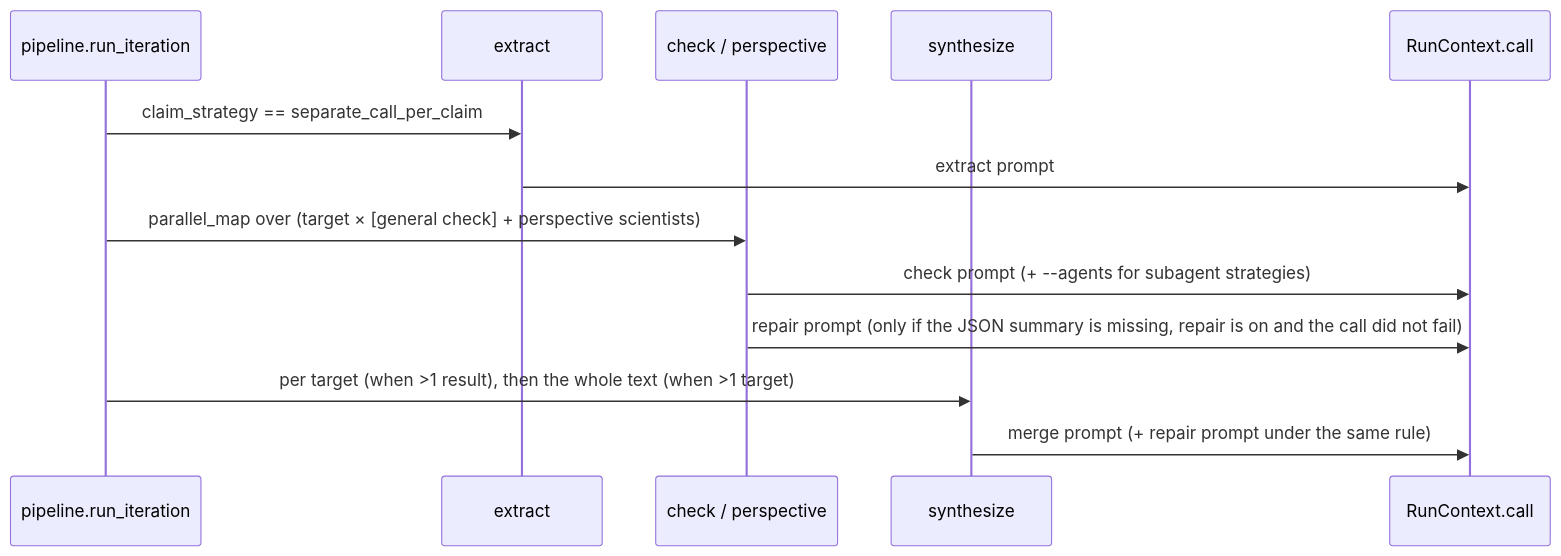
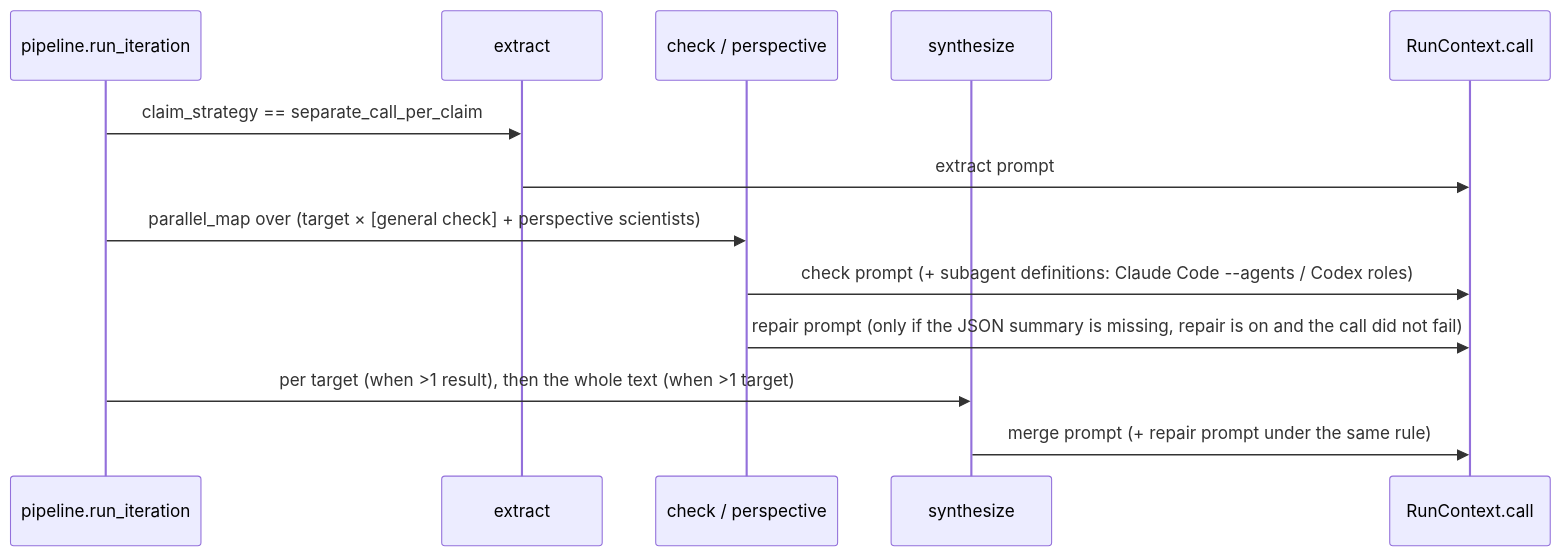
One commit to BurnyCoder/auto-but-actually-fact-checker-evaluator changed the diagram in docs/architecture.md. Above: the diagram before and after it, drawn with Mermaid. The commit also changed other lines of this file and 7 other files, not shown here.

````diff
--- a/docs/architecture.md
+++ b/docs/architecture.md
@@ -26,15 +26,15 @@
 ```mermaid
 sequenceDiagram
   participant P as pipeline.run_iteration
   participant E as extract
   participant C as check / perspective
   participant S as synthesize
   participant X as RunContext.call
   P->>E: claim_strategy == separate_call_per_claim
   E->>X: extract prompt
   P->>C: parallel_map over (target × [general check] + perspective scientists)
-  C->>X: check prompt (+ --agents for subagent strategies)
+  C->>X: check prompt (+ subagent definitions: Claude Code --agents / Codex roles)
   C->>X: repair prompt (only if the JSON summary is missing, repair is on and the call did not fail)
   P->>S: per target (when >1 result), then the whole text (when >1 target)
   S->>X: merge prompt (+ repair prompt under the same rule)
 ```
````
